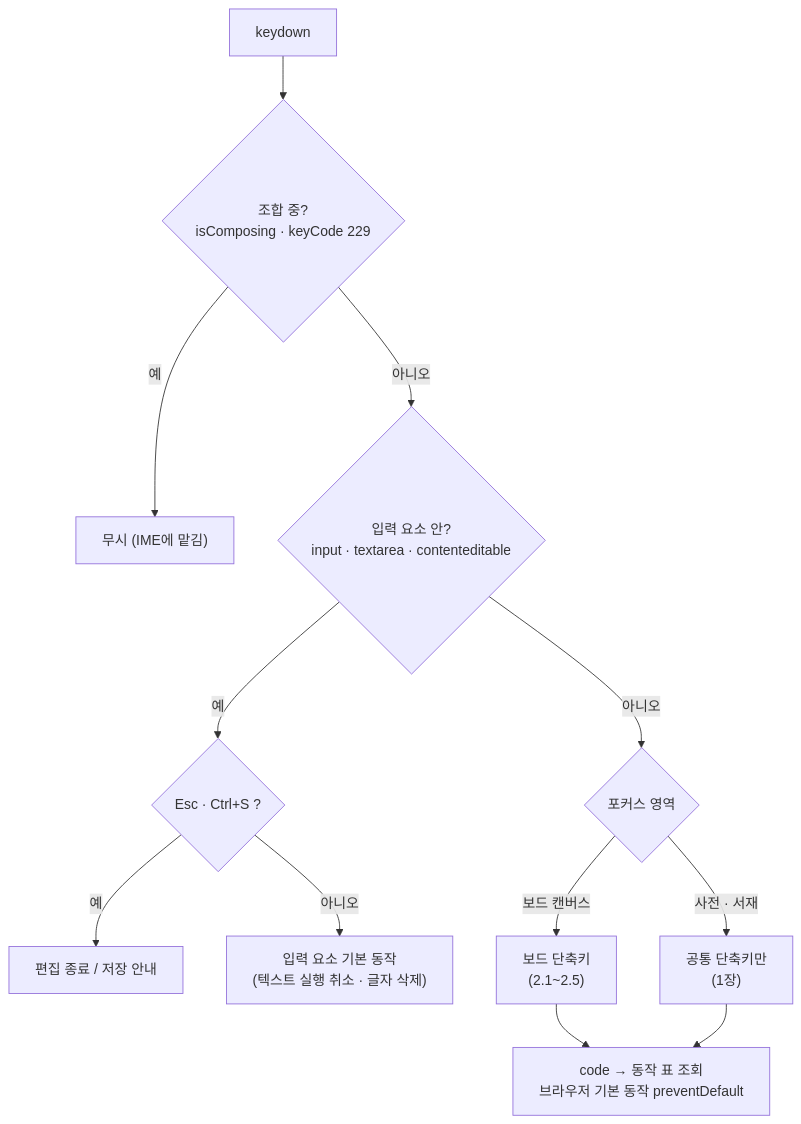
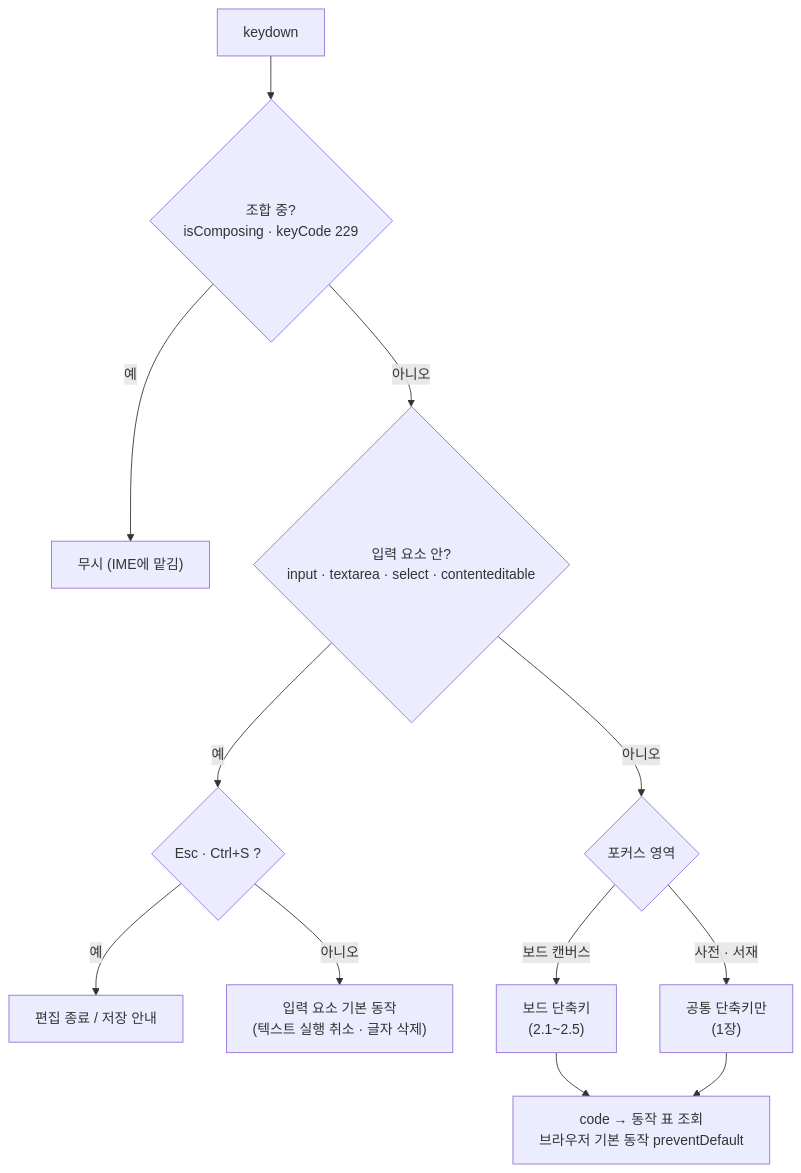
Before and after one commit to kty2001/NovelStory: the diagram in docs/design/shortcuts.md, drawn with Mermaid. The commit also changed other lines of this file and 11 other files, not shown here.

````diff
--- a/docs/design/shortcuts.md
+++ b/docs/design/shortcuts.md
@@ -11,15 +11,15 @@
 ```mermaid
 %%{init: {"flowchart": {"wrappingWidth": 320}}}%%
 flowchart TB
     K["keydown"] --> C1{"조합 중?<br/>isComposing · keyCode 229"}
     C1 -->|"예"| IME["무시 (IME에 맡김)"]
-    C1 -->|"아니오"| C2{"입력 요소 안?<br/>input · textarea · contenteditable"}
+    C1 -->|"아니오"| C2{"입력 요소 안?<br/>input · textarea · select · contenteditable"}
     C2 -->|"예"| ED{"Esc · Ctrl+S ?"}
     ED -->|"예"| ESC["편집 종료 / 저장 안내"]
     ED -->|"아니오"| NATIVE["입력 요소 기본 동작<br/>(텍스트 실행 취소 · 글자 삭제)"]
     C2 -->|"아니오"| SCOPE{"포커스 영역"}
     SCOPE -->|"보드 캔버스"| BOARD["보드 단축키<br/>(2.1~2.5)"]
     SCOPE -->|"사전 · 서재"| OTHER["공통 단축키만<br/>(1장)"]
     BOARD --> MAP["code → 동작 표 조회<br/>브라우저 기본 동작 preventDefault"]
     OTHER --> MAP
 ```
````
